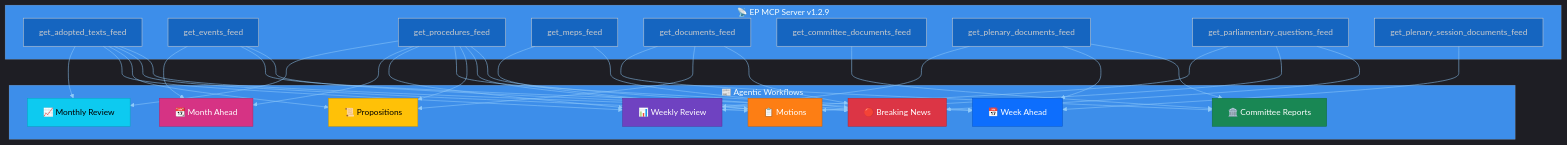
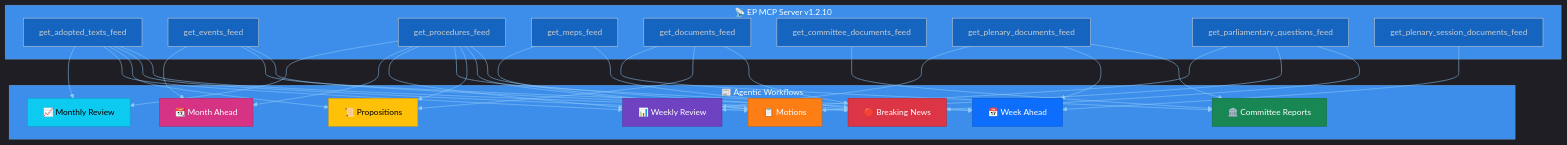
Before and after one commit to Hack23/euparliamentmonitor: the fifth of 7 diagrams in analysis/README.md, drawn with Mermaid. The commit also changed 41 other files, not shown here.

````diff
--- a/analysis/README.md
+++ b/analysis/README.md
@@ -501,45 +501,45 @@
 ```mermaid
 %%{init: {"theme":"dark","themeVariables":{"primaryColor":"#1565C0","primaryTextColor":"#ffffff","primaryBorderColor":"#0A3F7F","lineColor":"#90CAF9","secondaryColor":"#2E7D32","secondaryTextColor":"#ffffff","secondaryBorderColor":"#0F3F00","tertiaryColor":"#FF9800","tertiaryTextColor":"#000000","tertiaryBorderColor":"#7F4F00","mainBkg":"#1565C0","secondBkg":"#2E7D32","tertiaryBkg":"#FF9800","noteBkgColor":"#FFC107","noteTextColor":"#000000","noteBorderColor":"#7F6000","errorBkgColor":"#D32F2F","errorTextColor":"#ffffff","fontFamily":"Inter, Helvetica, Arial, sans-serif","pie1":"#1565C0","pie2":"#2E7D32","pie3":"#FF9800","pie4":"#D32F2F","pie5":"#FFC107","pie6":"#7B1FA2","pie7":"#9E9E9E","pie8":"#0288D1","pie9":"#388E3C","pie10":"#F57C00","pie11":"#C62828","pie12":"#FBC02D","pieTitleTextSize":"18px","pieSectionTextSize":"14px","pieLegendTextSize":"13px","pieStrokeColor":"#1e1e1e","pieOuterStrokeColor":"#1e1e1e","git0":"#1565C0","git1":"#2E7D32","git2":"#FF9800","git3":"#D32F2F","gitBranchLabel0":"#ffffff","gitBranchLabel1":"#ffffff","gitBranchLabel2":"#000000","gitBranchLabel3":"#ffffff","cScale0":"#1565C0","cScale1":"#2E7D32","cScale2":"#FF9800","cScale3":"#D32F2F","cScale4":"#FFC107","cScale5":"#7B1FA2","cScale6":"#9E9E9E","cScale7":"#0288D1","xyChart":{"backgroundColor":"#1e1e1e","plotColorPalette":"#1565C0,#2E7D32,#FF9800,#D32F2F,#FFC107,#7B1FA2,#9E9E9E"}}}}%%
 flowchart TD
-    subgraph "📡 EP MCP Server v1.2.9"
+    subgraph "📡 EP MCP Server v1.2.10"
         F1["get_adopted_texts_feed"]
         F2["get_events_feed"]
         F3["get_procedures_feed"]
         F4["get_meps_feed"]
         F5["get_documents_feed"]
         F6["get_committee_documents_feed"]
         F7["get_plenary_documents_feed"]
         F8["get_parliamentary_questions_feed"]
         F9["get_plenary_session_documents_feed"]
     end
 
     subgraph "📰 Agentic Workflows"
         W1["🔴 Breaking News"]
         W2["📋 Motions"]
         W3["📜 Propositions"]
         W4["🏛️ Committee Reports"]
         W5["📅 Week Ahead"]
         W6["📊 Weekly Review"]
         W7["📆 Month Ahead"]
         W8["📈 Monthly Review"]
     end
 
     F1 --> W1 & W2 & W3 & W6 & W8
     F2 --> W1 & W5 & W7
     F3 --> W1 & W2 & W3 & W5 & W6 & W7 & W8
     F4 --> W1 & W2
     F5 --> W1 & W3 & W4
     F6 --> W4
     F7 --> W4 & W5 & W6
     F8 --> W1 & W2 & W6
     F9 --> W5
 
     style W1 fill:#dc3545,stroke:#b02a37,color:#fff
     style W2 fill:#fd7e14,stroke:#ca6510,color:#fff
     style W3 fill:#ffc107,stroke:#cc9a06,color:#000
     style W4 fill:#198754,stroke:#146c43,color:#fff
     style W5 fill:#0d6efd,stroke:#0a58ca,color:#fff
     style W6 fill:#6f42c1,stroke:#59359a,color:#fff
     style W7 fill:#d63384,stroke:#ab296a,color:#fff
     style W8 fill:#0dcaf0,stroke:#0aa2c0,color:#000
 ```
````
